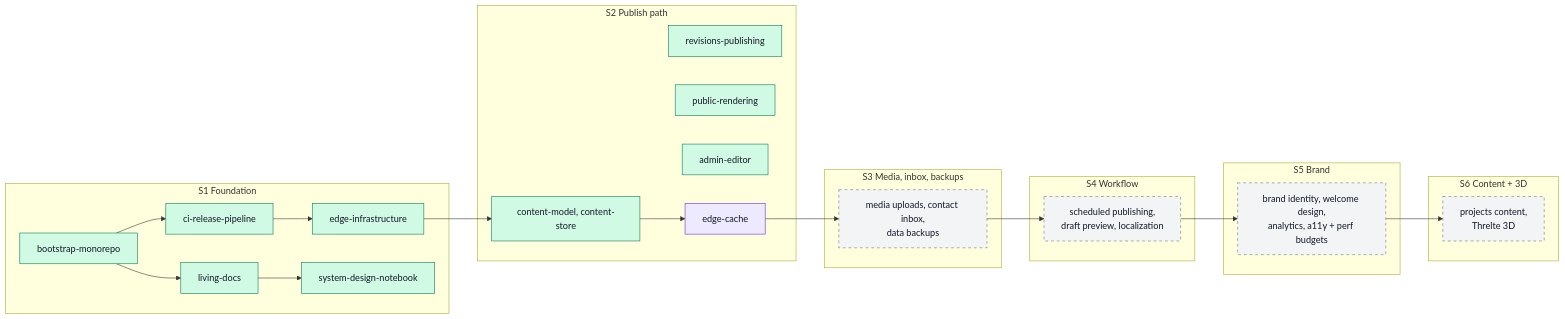
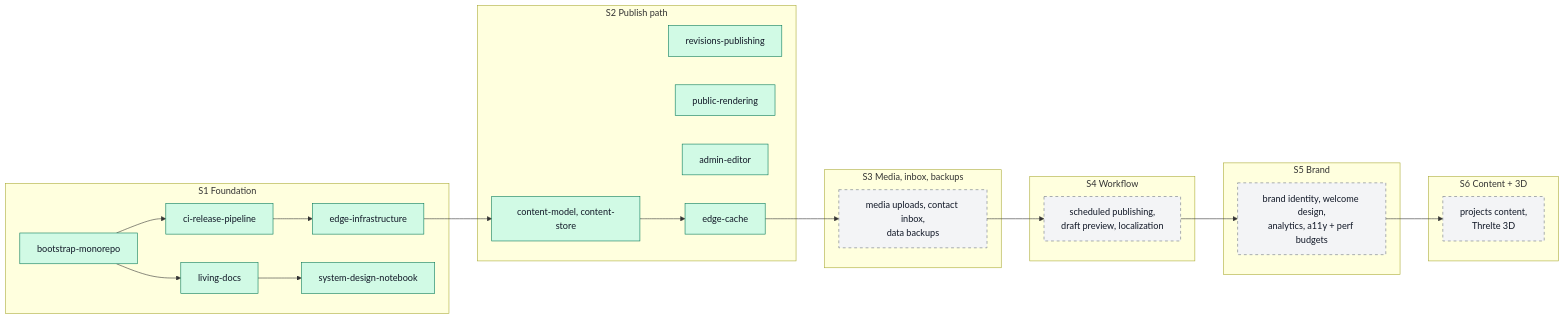
The diagram in docs/ROADMAP.md (ycmcuenca/ycmcuenca-core), drawn with Mermaid before and after one commit. The commit also changed other lines of this file and 11 other files, not shown here.

First line of the commit message:
chore(openspec): archive edge-cache

````diff
--- a/docs/ROADMAP.md
+++ b/docs/ROADMAP.md
@@ -37,39 +37,39 @@
 ```mermaid
 flowchart LR
     subgraph S1["S1 Foundation"]
         bootstrap["bootstrap-monorepo"]:::archived
         ci["ci-release-pipeline"]:::archived
         edge["edge-infrastructure"]:::archived
         docs["living-docs"]:::archived
         notebook["system-design-notebook"]:::archived
     end
     subgraph S2["S2 Publish path"]
         cm["content-model, content-store"]:::archived
         rp["revisions-publishing"]:::archived
         pr["public-rendering"]:::archived
         ae["admin-editor"]:::archived
-        s2["edge-cache"]:::proposed
+        s2["edge-cache"]:::archived
     end
     subgraph S3["S3 Media, inbox, backups"]
         s3["media uploads, contact inbox,<br/>data backups"]:::planned
     end
     subgraph S4["S4 Workflow"]
         s4["scheduled publishing,<br/>draft preview, localization"]:::planned
     end
     subgraph S5["S5 Brand"]
         s5["brand identity, welcome design,<br/>analytics, a11y + perf budgets"]:::planned
     end
     subgraph S6["S6 Content + 3D"]
         s6["projects content,<br/>Threlte 3D"]:::planned
     end
 
     bootstrap --> ci --> edge
     bootstrap --> docs --> notebook
     edge --> cm --> s2 --> s3 --> s4 --> s5 --> s6
 
     classDef archived fill:#d1fae5,stroke:#047857,color:#111827
     classDef merged fill:#dbeafe,stroke:#1d4ed8,color:#111827
     classDef inProgress fill:#fef3c7,stroke:#b45309,color:#111827
     classDef proposed fill:#ede9fe,stroke:#6d28d9,color:#111827
     classDef planned fill:#f3f4f6,stroke:#6b7280,color:#111827,stroke-dasharray:5 5
 ```
````
